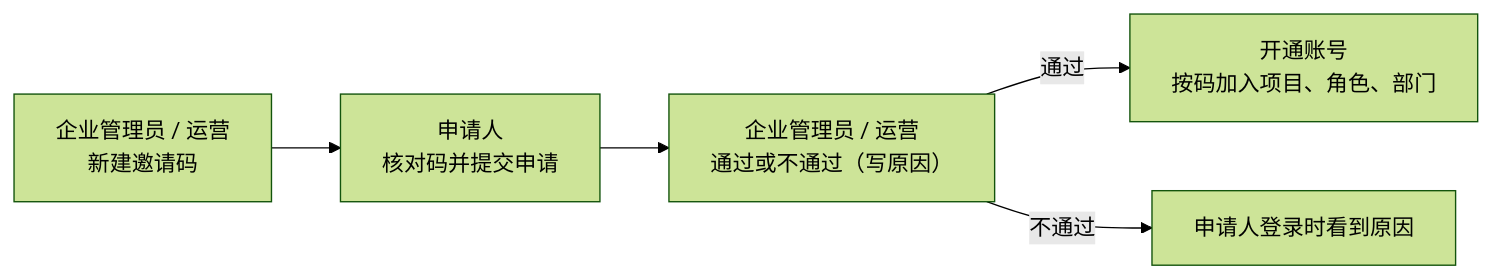
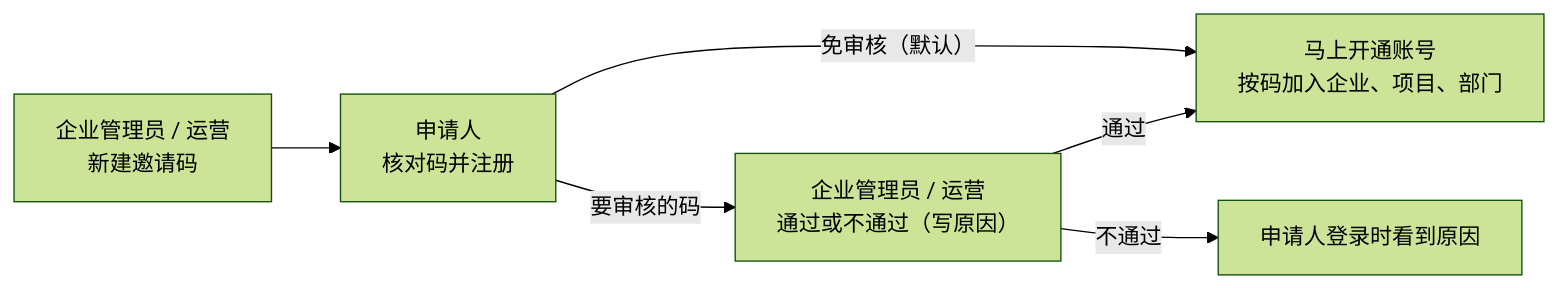
The third of 3 diagrams in docs/user-guide.md (klinsmaya/dingze-portal), drawn with Mermaid (forest theme) before and after one commit. The commit also changed other lines of this file and 105 other files, not shown here.

````diff
--- a/docs/user-guide.md
+++ b/docs/user-guide.md
@@ -179,7 +190,8 @@
 ```mermaid
 flowchart LR
-  A["企业管理员 / 运营<br/>新建邀请码"] --> B["申请人<br/>核对码并提交申请"]
-  B --> C["企业管理员 / 运营<br/>通过或不通过（写原因）"]
-  C -->|"通过"| D["开通账号<br/>按码加入项目、角色、部门"]
+  A["企业管理员 / 运营<br/>新建邀请码"] --> B["申请人<br/>核对码并注册"]
+  B -->|"免审核（默认）"| D["马上开通账号<br/>按码加入企业、项目、部门"]
+  B -->|"要审核的码"| C["企业管理员 / 运营<br/>通过或不通过（写原因）"]
+  C -->|"通过"| D
   C -->|"不通过"| E["申请人登录时看到原因"]
 ```
````
